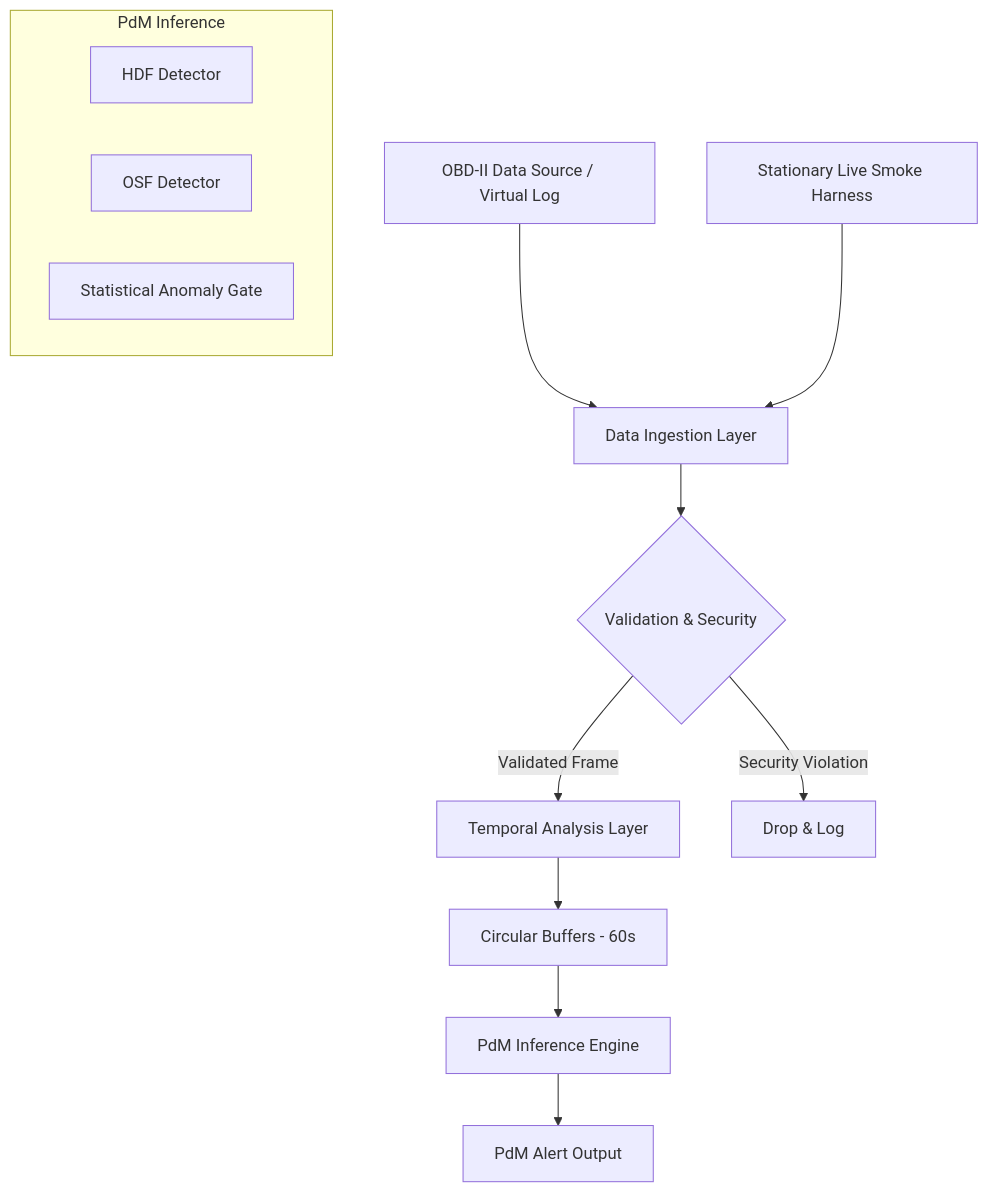
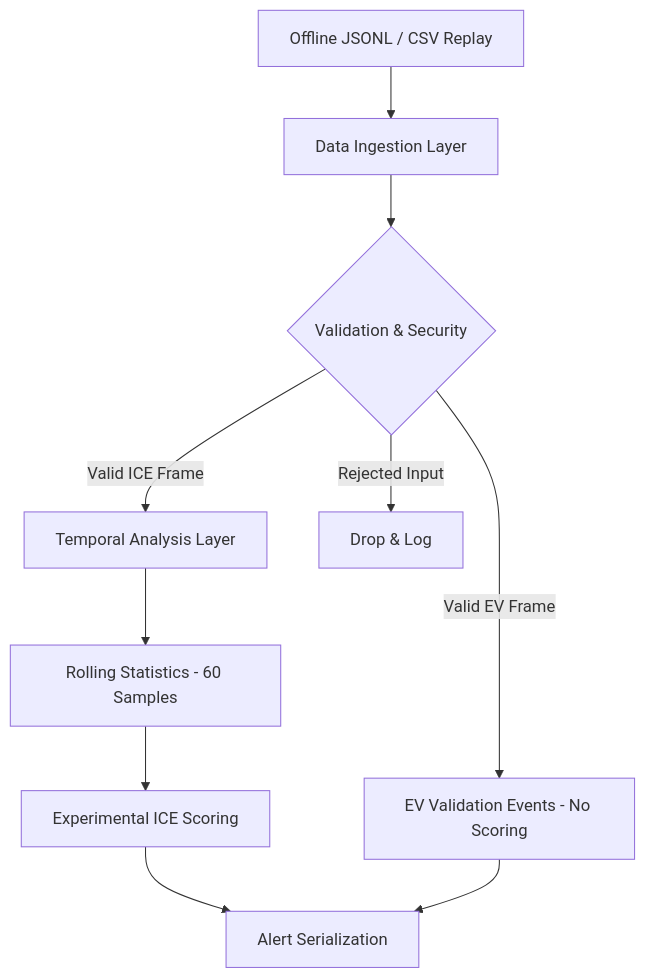
One commit to ajason13/autopulse changed the diagram in grubby-galaxy/src/content/docs/reference/architecture.md. Above: the diagram before and after it, drawn with Mermaid. The commit also changed other lines of this file and 12 other files, not shown here.

````diff
--- a/grubby-galaxy/src/content/docs/reference/architecture.md
+++ b/grubby-galaxy/src/content/docs/reference/architecture.md
@@ -10,17 +13,12 @@
 ```mermaid
 graph TD
-    A[OBD-II Data Source / Virtual Log] --> B[Data Ingestion Layer]
-    L[Stationary Live Smoke Harness] --> B
+    A[Offline JSONL / CSV Replay] --> B[Data Ingestion Layer]
     B --> C{Validation & Security}
-    C -- Validated Frame --> D[Temporal Analysis Layer]
-    C -- Security Violation --> E[Drop & Log]
-    D --> F[Circular Buffers - 60s]
-    F --> G[PdM Inference Engine]
-    G --> H[PdM Alert Output]
-    
-    subgraph "PdM Inference"
-    G1[HDF Detector]
-    G2[OSF Detector]
-    G3[Statistical Anomaly Gate]
-    end
+    C -- Valid ICE Frame --> D[Temporal Analysis Layer]
+    C -- Rejected Input --> E[Drop & Log]
+    C -- Valid EV Frame --> V[EV Validation Events - No Scoring]
+    D --> F[Rolling Statistics - 60 Samples]
+    F --> G[Experimental ICE Scoring]
+    G --> H[Alert Serialization]
+    V --> H
 ```
````
